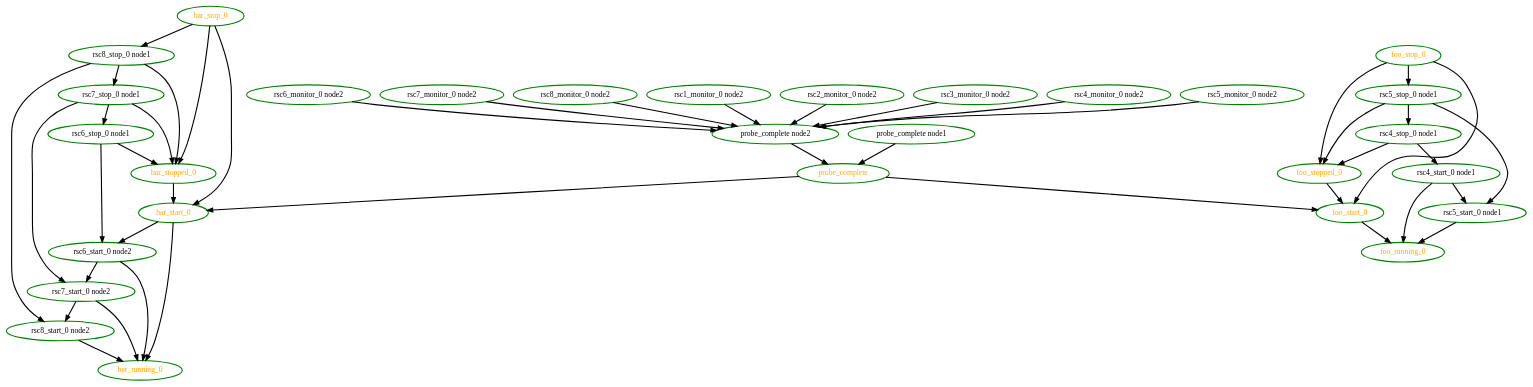
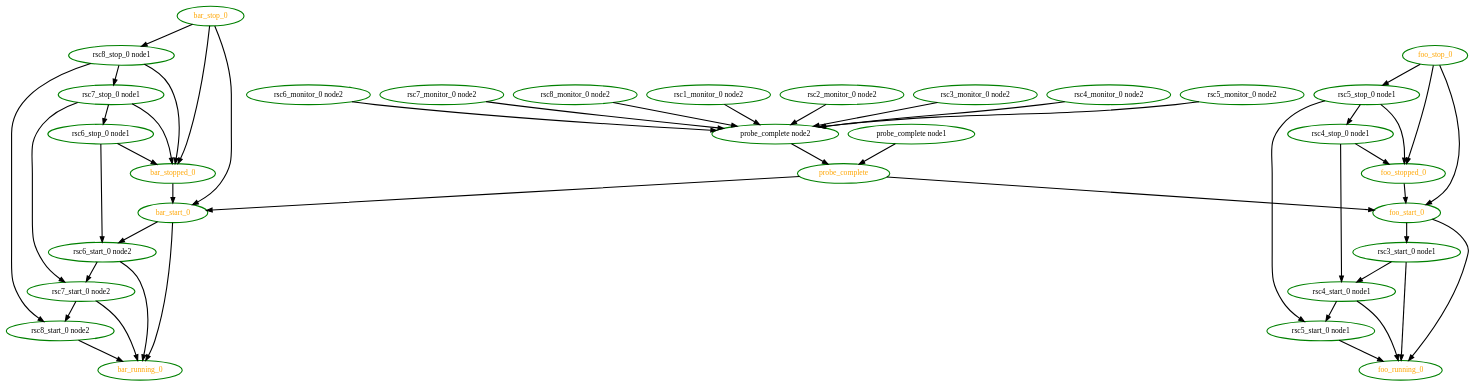
Before and after one commit to richiewen8/heartbeat: the diagram in crm/pengine/testcases/group9.dot, drawn with Graphviz. The commit also changed 26 other files, not shown here.

```diff
--- a/crm/pengine/testcases/group9.dot
+++ b/crm/pengine/testcases/group9.dot
@@ -1,75 +1,79 @@
  digraph "g" {
 "bar_running_0" [ style=bold color="green" fontcolor="orange" ]
 "bar_start_0" -> "bar_running_0" [ style = bold]
 "bar_start_0" -> "rsc6_start_0 node2" [ style = bold]
 "bar_start_0" [ style=bold color="green" fontcolor="orange" ]
 "bar_stop_0" -> "bar_start_0" [ style = bold]
 "bar_stop_0" -> "bar_stopped_0" [ style = bold]
 "bar_stop_0" -> "rsc8_stop_0 node1" [ style = bold]
 "bar_stop_0" [ style=bold color="green" fontcolor="orange" ]
 "bar_stopped_0" -> "bar_start_0" [ style = bold]
 "bar_stopped_0" [ style=bold color="green" fontcolor="orange" ]
 "foo_running_0" [ style=bold color="green" fontcolor="orange" ]
 "foo_start_0" -> "foo_running_0" [ style = bold]
+"foo_start_0" -> "rsc3_start_0 node1" [ style = bold]
 "foo_start_0" [ style=bold color="green" fontcolor="orange" ]
 "foo_stop_0" -> "foo_start_0" [ style = bold]
 "foo_stop_0" -> "foo_stopped_0" [ style = bold]
 "foo_stop_0" -> "rsc5_stop_0 node1" [ style = bold]
 "foo_stop_0" [ style=bold color="green" fontcolor="orange" ]
 "foo_stopped_0" -> "foo_start_0" [ style = bold]
 "foo_stopped_0" [ style=bold color="green" fontcolor="orange" ]
 "probe_complete node1" -> "probe_complete" [ style = bold]
 "probe_complete node1" [ style=bold color="green" fontcolor="black" ]
 "probe_complete node2" -> "probe_complete" [ style = bold]
 "probe_complete node2" [ style=bold color="green" fontcolor="black" ]
 "probe_complete" -> "bar_start_0" [ style = bold]
 "probe_complete" -> "foo_start_0" [ style = bold]
 "probe_complete" [ style=bold color="green" fontcolor="orange" ]
 "rsc1_monitor_0 node2" -> "probe_complete node2" [ style = bold]
 "rsc1_monitor_0 node2" [ style=bold color="green" fontcolor="black" ]
 "rsc2_monitor_0 node2" -> "probe_complete node2" [ style = bold]
 "rsc2_monitor_0 node2" [ style=bold color="green" fontcolor="black" ]
 "rsc3_monitor_0 node2" -> "probe_complete node2" [ style = bold]
 "rsc3_monitor_0 node2" [ style=bold color="green" fontcolor="black" ]
+"rsc3_start_0 node1" -> "foo_running_0" [ style = bold]
+"rsc3_start_0 node1" -> "rsc4_start_0 node1" [ style = bold]
+"rsc3_start_0 node1" [ style=bold color="green" fontcolor="black"  ]
 "rsc4_monitor_0 node2" -> "probe_complete node2" [ style = bold]
 "rsc4_monitor_0 node2" [ style=bold color="green" fontcolor="black" ]
 "rsc4_start_0 node1" -> "foo_running_0" [ style = bold]
 "rsc4_start_0 node1" -> "rsc5_start_0 node1" [ style = bold]
 "rsc4_start_0 node1" [ style=bold color="green" fontcolor="black" ]
 "rsc4_stop_0 node1" -> "foo_stopped_0" [ style = bold]
 "rsc4_stop_0 node1" -> "rsc4_start_0 node1" [ style = bold]
 "rsc4_stop_0 node1" [ style=bold color="green" fontcolor="black" ]
 "rsc5_monitor_0 node2" -> "probe_complete node2" [ style = bold]
 "rsc5_monitor_0 node2" [ style=bold color="green" fontcolor="black" ]
 "rsc5_start_0 node1" -> "foo_running_0" [ style = bold]
 "rsc5_start_0 node1" [ style=bold color="green" fontcolor="black" ]
 "rsc5_stop_0 node1" -> "foo_stopped_0" [ style = bold]
 "rsc5_stop_0 node1" -> "rsc4_stop_0 node1" [ style = bold]
 "rsc5_stop_0 node1" -> "rsc5_start_0 node1" [ style = bold]
 "rsc5_stop_0 node1" [ style=bold color="green" fontcolor="black" ]
 "rsc6_monitor_0 node2" -> "probe_complete node2" [ style = bold]
 "rsc6_monitor_0 node2" [ style=bold color="green" fontcolor="black" ]
 "rsc6_start_0 node2" -> "bar_running_0" [ style = bold]
 "rsc6_start_0 node2" -> "rsc7_start_0 node2" [ style = bold]
 "rsc6_start_0 node2" [ style=bold color="green" fontcolor="black" ]
 "rsc6_stop_0 node1" -> "bar_stopped_0" [ style = bold]
 "rsc6_stop_0 node1" -> "rsc6_start_0 node2" [ style = bold]
 "rsc6_stop_0 node1" [ style=bold color="green" fontcolor="black" ]
 "rsc7_monitor_0 node2" -> "probe_complete node2" [ style = bold]
 "rsc7_monitor_0 node2" [ style=bold color="green" fontcolor="black" ]
 "rsc7_start_0 node2" -> "bar_running_0" [ style = bold]
 "rsc7_start_0 node2" -> "rsc8_start_0 node2" [ style = bold]
 "rsc7_start_0 node2" [ style=bold color="green" fontcolor="black" ]
 "rsc7_stop_0 node1" -> "bar_stopped_0" [ style = bold]
 "rsc7_stop_0 node1" -> "rsc6_stop_0 node1" [ style = bold]
 "rsc7_stop_0 node1" -> "rsc7_start_0 node2" [ style = bold]
 "rsc7_stop_0 node1" [ style=bold color="green" fontcolor="black" ]
 "rsc8_monitor_0 node2" -> "probe_complete node2" [ style = bold]
 "rsc8_monitor_0 node2" [ style=bold color="green" fontcolor="black" ]
 "rsc8_start_0 node2" -> "bar_running_0" [ style = bold]
 "rsc8_start_0 node2" [ style=bold color="green" fontcolor="black" ]
 "rsc8_stop_0 node1" -> "bar_stopped_0" [ style = bold]
 "rsc8_stop_0 node1" -> "rsc7_stop_0 node1" [ style = bold]
 "rsc8_stop_0 node1" -> "rsc8_start_0 node2" [ style = bold]
 "rsc8_stop_0 node1" [ style=bold color="green" fontcolor="black" ]
 }
```
